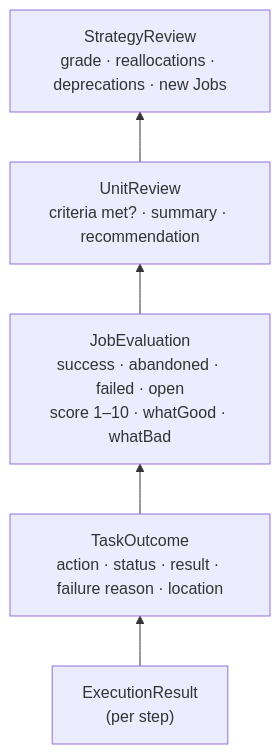
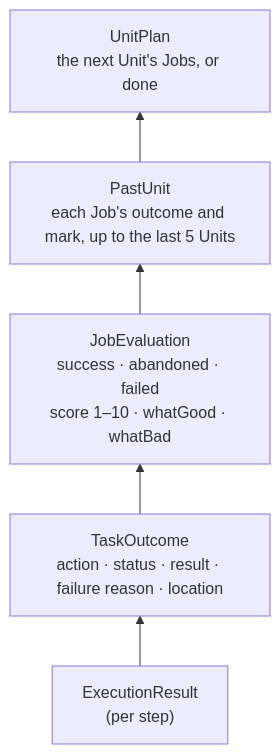
Before and after one commit to BaraaSoft/agentcores: the fourth of 5 diagrams in packages/backend/src/reasoning/tech-spec.md, drawn with Mermaid. The commit also changed other lines of this file and 69 other files, not shown here.

First line of the commit message:
Enhance governance structure with new job and strategy types

````diff
--- a/packages/backend/src/reasoning/tech-spec.md
+++ b/packages/backend/src/reasoning/tech-spec.md
@@ -258,7 +236,7 @@
 ```mermaid
 flowchart BT
     Exec["ExecutionResult<br/>(per step)"] --> TaskOut["TaskOutcome<br/>action · status · result · failure reason · location"]
-    TaskOut --> JobEval["JobEvaluation<br/>success · abandoned · failed · open<br/>score 1–10 · whatGood · whatBad"]
-    JobEval --> UnitRev["UnitReview<br/>criteria met? · summary · recommendation"]
-    UnitRev --> StratRev["StrategyReview<br/>grade · reallocations · deprecations · new Jobs"]
+    TaskOut --> JobEval["JobEvaluation<br/>success · abandoned · failed<br/>score 1–10 · whatGood · whatBad"]
+    JobEval --> Past["PastUnit<br/>each Job's outcome and mark, up to the last 5 Units"]
+    Past --> Plan["UnitPlan<br/>the next Unit's Jobs, or done"]
 ```
````
